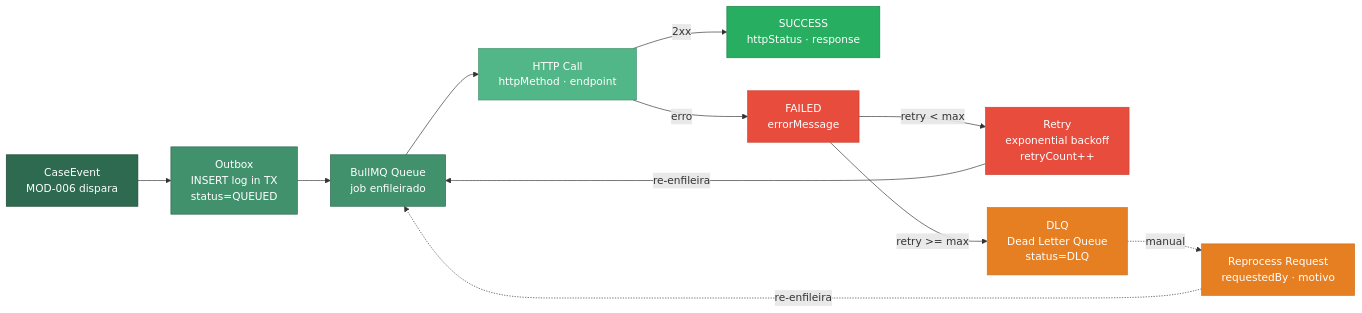
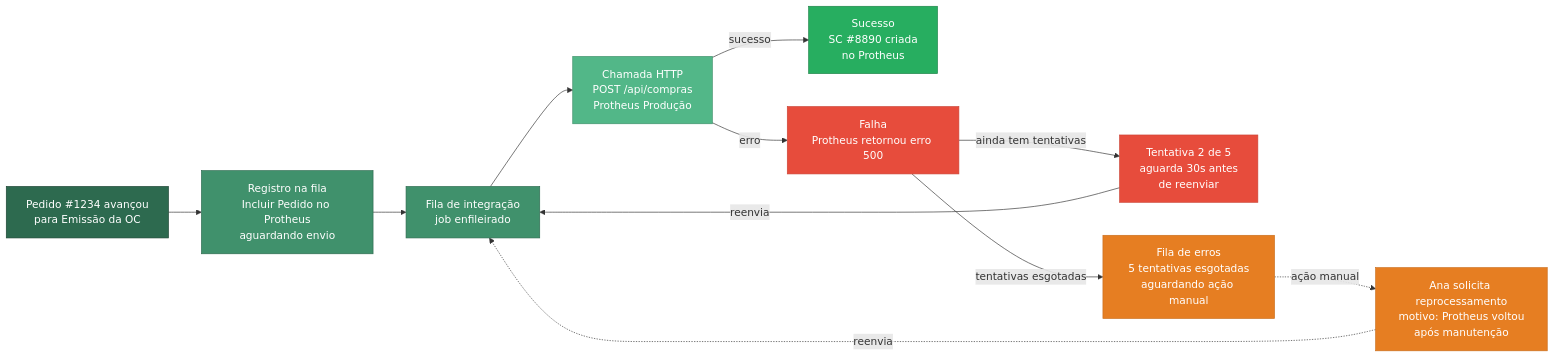
Before and after one commit to sulivanti/easycf: the first of 2 diagrams in docs/04_modules/mod-008-integracao-protheus/diagrams/domain-model.md, drawn with Mermaid. The commit also changed 99 other files, not shown here.

Commit message:
chore: atualiza diagramas domain-model, skills e configurações de agentes

````diff
--- a/docs/04_modules/mod-008-integracao-protheus/diagrams/domain-model.md
+++ b/docs/04_modules/mod-008-integracao-protheus/diagrams/domain-model.md
@@ -5,38 +5,38 @@
 ```mermaid
 graph LR
-    CE["CaseEvent<br/>MOD-006 dispara"]
-    OB["Outbox<br/>INSERT log in TX<br/>status=QUEUED"]
-    BQ["BullMQ Queue<br/>job enfileirado"]
-    HC["HTTP Call<br/>httpMethod · endpoint"]
+    CE["Pedido #1234 avançou<br/>para Emissão da OC"]
+    OB["Registro na fila<br/>Incluir Pedido no Protheus<br/>aguardando envio"]
+    BQ["Fila de integração<br/>job enfileirado"]
+    HC["Chamada HTTP<br/>POST /api/compras<br/>Protheus Produção"]
 
-    OK["SUCCESS<br/>httpStatus · response"]
-    FAIL["FAILED<br/>errorMessage"]
-    RT["Retry<br/>exponential backoff<br/>retryCount++"]
-    DLQ["DLQ<br/>Dead Letter Queue<br/>status=DLQ"]
-    RR["Reprocess Request<br/>requestedBy · motivo"]
+    OK["Sucesso<br/>SC #8890 criada<br/>no Protheus"]
+    FAIL["Falha<br/>Protheus retornou erro 500"]
+    RT["Tentativa 2 de 5<br/>aguarda 30s antes<br/>de reenviar"]
+    DLQ["Fila de erros<br/>5 tentativas esgotadas<br/>aguardando ação manual"]
+    RR["Ana solicita reprocessamento<br/>motivo: Protheus voltou<br/>após manutenção"]
 
     CE --> OB
     OB --> BQ
     BQ --> HC
-    HC -->|"2xx"| OK
+    HC -->|"sucesso"| OK
     HC -->|"erro"| FAIL
-    FAIL -->|"retry < max"| RT
-    RT -->|"re-enfileira"| BQ
-    FAIL -->|"retry >= max"| DLQ
-    DLQ -.->|"manual"| RR
-    RR -.->|"re-enfileira"| BQ
+    FAIL -->|"ainda tem tentativas"| RT
+    RT -->|"reenvia"| BQ
+    FAIL -->|"tentativas esgotadas"| DLQ
+    DLQ -.->|"ação manual"| RR
+    RR -.->|"reenvia"| BQ
 
     classDef source fill:#2d6a4f,stroke:#1b4332,color:#fff
     classDef queue fill:#40916c,stroke:#2d6a4f,color:#fff
     classDef httpcall fill:#52b788,stroke:#40916c,color:#fff
     classDef success fill:#27AE60,stroke:#1E8449,color:#fff
     classDef fail fill:#E74C3C,stroke:#CB4335,color:#fff
     classDef dlq fill:#E67E22,stroke:#CA6F1E,color:#fff
 
     class CE source
     class OB,BQ queue
     class HC httpcall
     class OK success
     class FAIL,RT fail
     class DLQ,RR dlq
 ```
````
